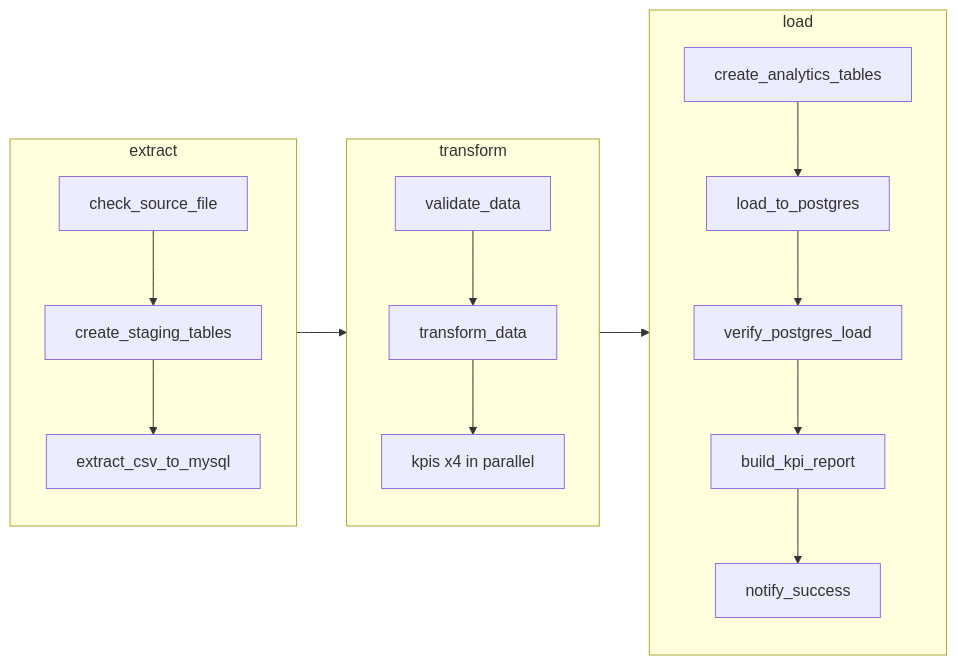
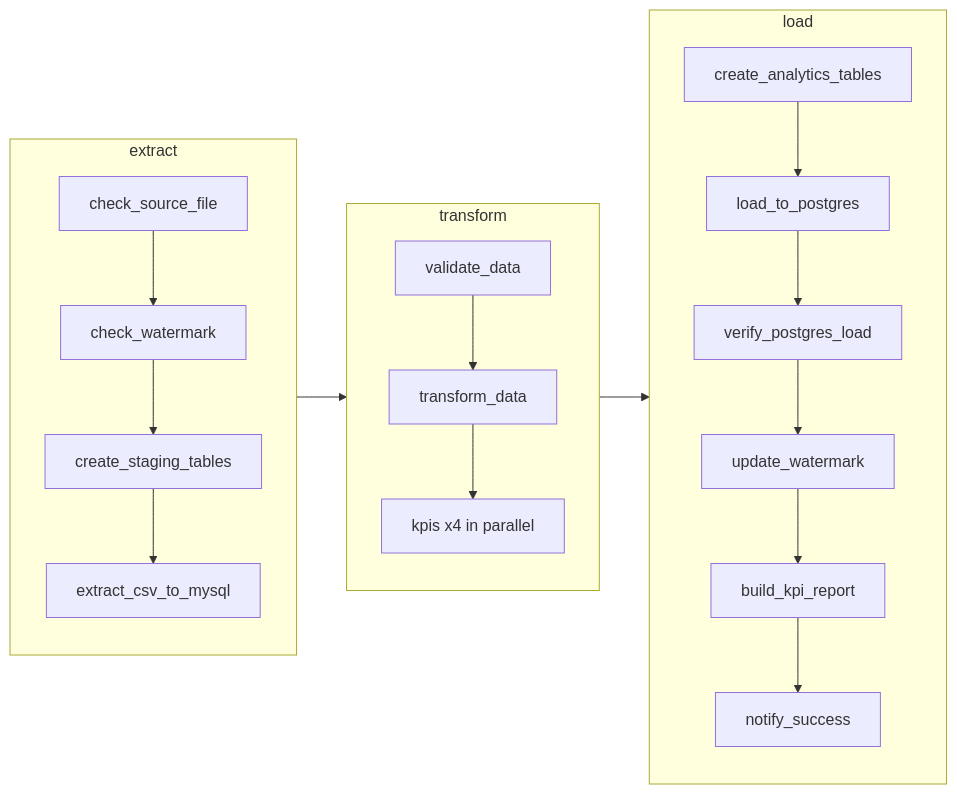
One commit to U-justine/amalitech-data-engineering changed the diagram in docs/RUNBOOK.md. Above: the diagram before and after it, drawn with Mermaid. The commit also changed other lines of this file and 9 other files, not shown here.

Commit message:
feat(watermark): skip the run when the source file hasn't changed

````diff
--- a/docs/RUNBOOK.md
+++ b/docs/RUNBOOK.md
@@ -21,13 +21,13 @@
 ```mermaid
 flowchart LR
     subgraph E[extract]
-        A[check_source_file] --> B[create_staging_tables] --> C[extract_csv_to_mysql]
+        A[check_source_file] --> W[check_watermark] --> B[create_staging_tables] --> C[extract_csv_to_mysql]
     end
     subgraph T[transform]
         D[validate_data] --> F[transform_data] --> K[kpis x4 in parallel]
     end
     subgraph L[load]
-        G[create_analytics_tables] --> H[load_to_postgres] --> I[verify_postgres_load] --> R[build_kpi_report] --> J[notify_success]
+        G[create_analytics_tables] --> H[load_to_postgres] --> I[verify_postgres_load] --> U[update_watermark] --> R[build_kpi_report] --> J[notify_success]
     end
     E --> T --> L
 ```
````
